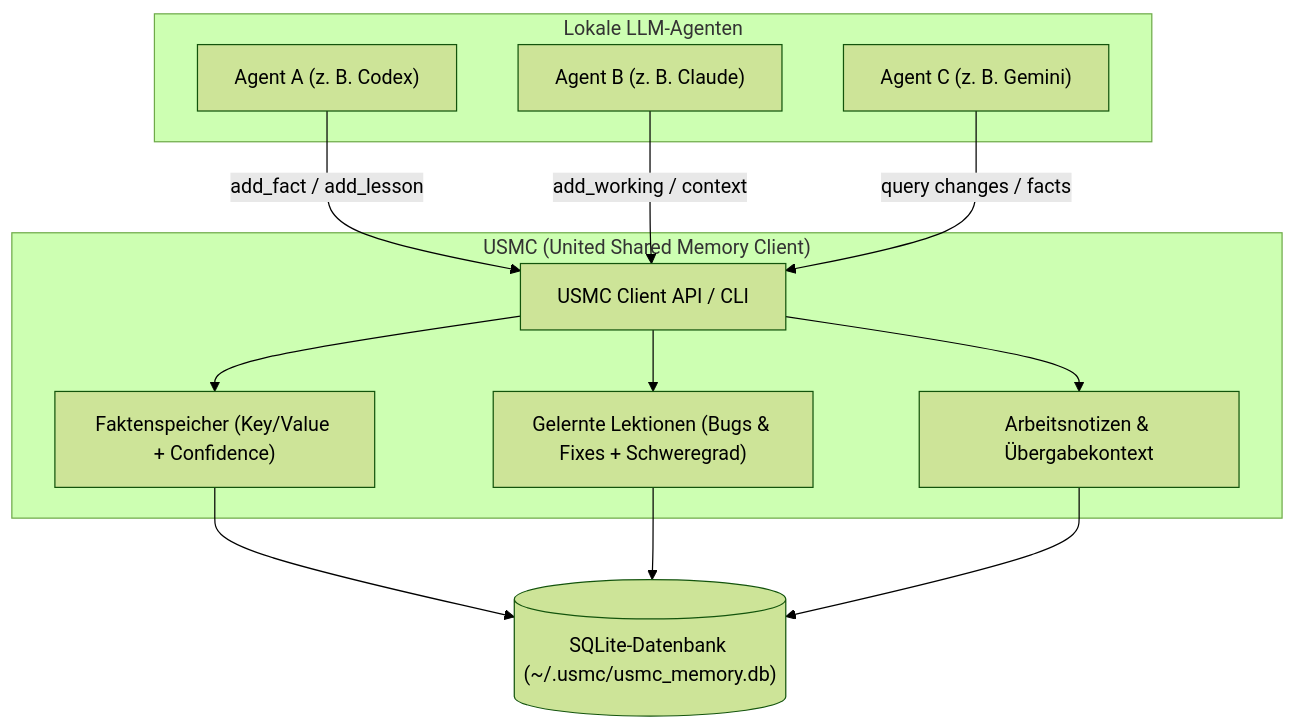
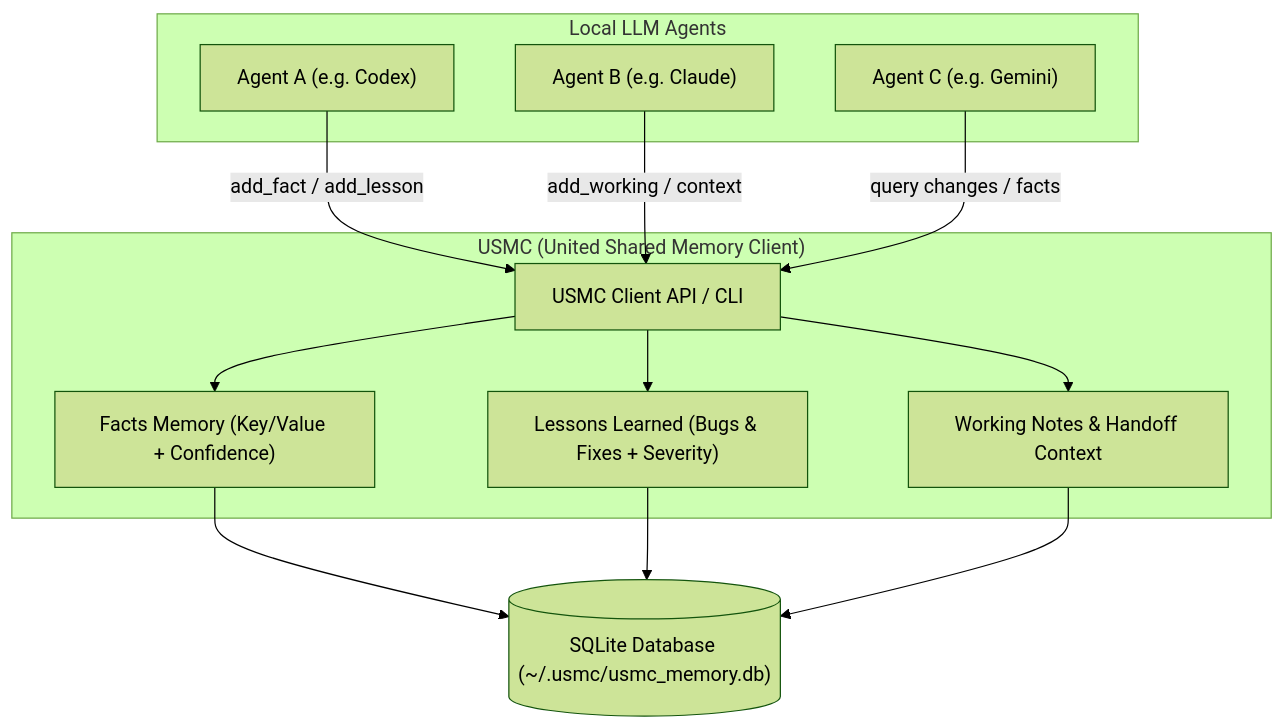
Before and after one commit to ellmos-ai/usmc: the diagram in README_de.md, drawn with Mermaid (forest theme). The commit also changed other lines of this file and 1 other file, not shown here.

````diff
--- a/README_de.md
+++ b/README_de.md
@@ -35,29 +47,29 @@
 ```mermaid
 graph TD
-    subgraph Agenten ["Lokale LLM-Agenten"]
-        A1["Agent A (z. B. Codex)"]
-        A2["Agent B (z. B. Claude)"]
-        A3["Agent C (z. B. Gemini)"]
+    subgraph Agents ["Local LLM Agents"]
+        A1["Agent A (e.g. Codex)"]
+        A2["Agent B (e.g. Claude)"]
+        A3["Agent C (e.g. Gemini)"]
     end
 
     subgraph USMC ["USMC (United Shared Memory Client)"]
         API["USMC Client API / CLI"]
-        FM["Faktenspeicher (Key/Value + Confidence)"]
-        LM["Gelernte Lektionen (Bugs & Fixes + Schweregrad)"]
-        WM["Arbeitsnotizen & Übergabekontext"]
+        FM["Facts Memory (Key/Value + Confidence)"]
+        LM["Lessons Learned (Bugs & Fixes + Severity)"]
+        WM["Working Notes & Handoff Context"]
     end
 
-    DB[("SQLite-Datenbank (~/.usmc/usmc_memory.db)")]
+    DB[("SQLite Database (~/.usmc/usmc_memory.db)")]
 
     A1 -->|add_fact / add_lesson| API
     A2 -->|add_working / context| API
     A3 -->|query changes / facts| API
 
     API --> FM
     API --> LM
     API --> WM
 
     FM --> DB
     LM --> DB
     WM --> DB
 ```
````
